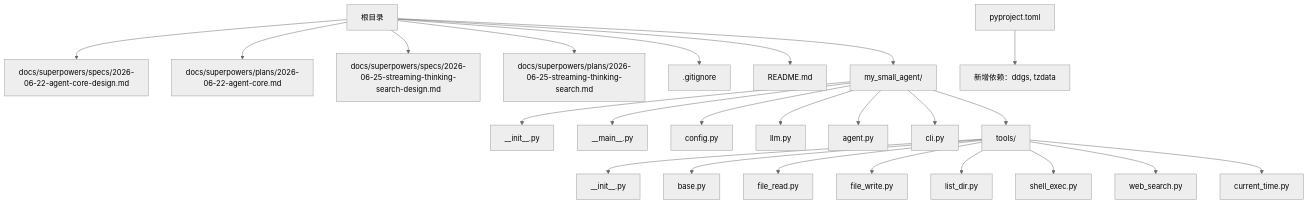
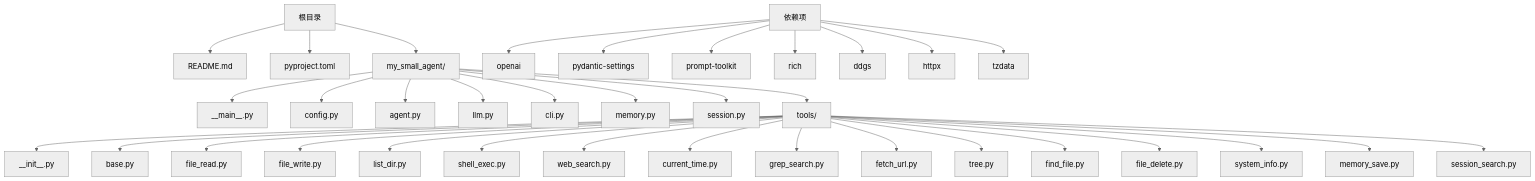
One commit to 250shiwo/MySmallAgent changed the first of 5 diagrams in .qoder/repowiki/zh/content/快速开始.md. Above: the diagram before and after it, drawn with Mermaid (neutral theme). The commit also changed other lines of this file and 28 other files, not shown here.

````diff
--- a/.qoder/repowiki/zh/content/快速开始.md
+++ b/.qoder/repowiki/zh/content/快速开始.md
@@ -60,26 +68,37 @@
 ```mermaid
 graph TB
-A["根目录"] --> B["docs/superpowers/specs/2026-06-22-agent-core-design.md"]
-A --> C["docs/superpowers/plans/2026-06-22-agent-core.md"]
-A --> D["docs/superpowers/specs/2026-06-25-streaming-thinking-search-design.md"]
-A --> E["docs/superpowers/plans/2026-06-25-streaming-thinking-search.md"]
-A --> F[".gitignore"]
-A --> G["README.md"]
-A --> H["my_small_agent/"]
-H --> H1["__init__.py"]
-H --> H2["__main__.py"]
-H --> H3["config.py"]
-H --> H4["llm.py"]
-H --> H5["agent.py"]
-H --> H6["cli.py"]
-H --> H7["tools/"]
-H7 --> H7a["__init__.py"]
-H7 --> H7b["base.py"]
-H7 --> H7c["file_read.py"]
-H7 --> H7d["file_write.py"]
-H7 --> H7e["list_dir.py"]
-H7 --> H7f["shell_exec.py"]
-H7 --> H7g["web_search.py"]
-H7 --> H7h["current_time.py"]
-I["pyproject.toml"] --> J["新增依赖：ddgs, tzdata"]
+A["根目录"] --> B["README.md"]
+A --> C["pyproject.toml"]
+A --> D["my_small_agent/"]
+D --> D1["__main__.py"]
+D --> D2["config.py"]
+D --> D3["agent.py"]
+D --> D4["llm.py"]
+D --> D5["cli.py"]
+D --> D6["memory.py"]
+D --> D7["session.py"]
+D --> D8["tools/"]
+D8 --> D8a["__init__.py"]
+D8 --> D8b["base.py"]
+D8 --> D8c["file_read.py"]
+D8 --> D8d["file_write.py"]
+D8 --> D8e["list_dir.py"]
+D8 --> D8f["shell_exec.py"]
+D8 --> D8g["web_search.py"]
+D8 --> D8h["current_time.py"]
+D8 --> D8i["grep_search.py"]
+D8 --> D8j["fetch_url.py"]
+D8 --> D8k["tree.py"]
+D8 --> D8l["find_file.py"]
+D8 --> D8m["file_delete.py"]
+D8 --> D8n["system_info.py"]
+D8 --> D8o["memory_save.py"]
+D8 --> D8p["session_search.py"]
+E["依赖项"] --> F["openai"]
+E --> G["pydantic-settings"]
+E --> H["prompt-toolkit"]
+E --> I["rich"]
+E --> J["ddgs"]
+E --> K["httpx"]
+E --> L["tzdata"]
 ```
````
